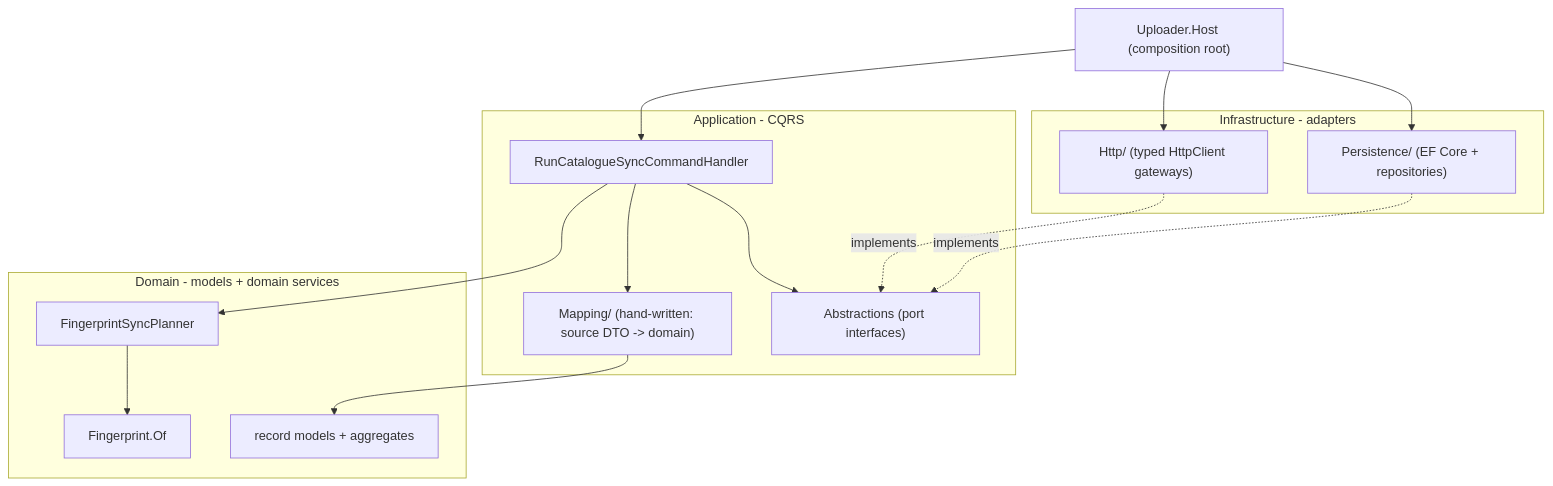
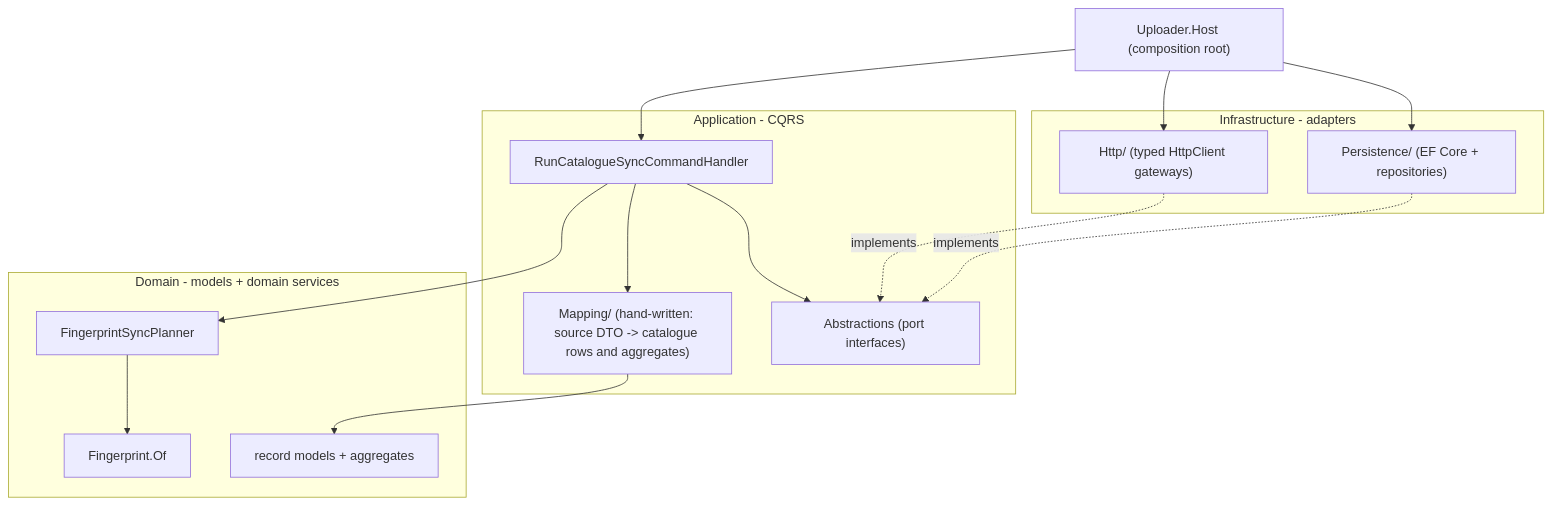
Before and after one commit to BBMRI-cz/data-catalogue-upload: the second of 4 diagrams in ARCHITECTURE.md, drawn with Mermaid. The commit also changed other lines of this file and 35 other files, not shown here.

````diff
--- a/ARCHITECTURE.md
+++ b/ARCHITECTURE.md
@@ -69,32 +69,32 @@
 ```mermaid
 flowchart TD
     Main["Uploader.Host (composition root)"]
 
     subgraph application [Application - CQRS]
         SyncService["RunCatalogueSyncCommandHandler"]
-        Mapper["Mapping/ (hand-written: source DTO -> domain)"]
+        Mapper["Mapping/ (hand-written: source DTO -> catalogue rows and aggregates)"]
         Ports["Abstractions (port interfaces)"]
     end
 
     subgraph domain [Domain - models + domain services]
         Models["record models + aggregates"]
         Planner["FingerprintSyncPlanner"]
         Fingerprint["Fingerprint.Of"]
     end
 
     subgraph infrastructure [Infrastructure - adapters]
         HttpClients["Http/ (typed HttpClient gateways)"]
         Db["Persistence/ (EF Core + repositories)"]
     end
 
     Main --> SyncService
     Main --> HttpClients
     Main --> Db
     SyncService --> Planner
     SyncService --> Mapper
     SyncService --> Ports
     Mapper --> Models
     Planner --> Fingerprint
     HttpClients -.implements.-> Ports
     Db -.implements.-> Ports
 ```
````
